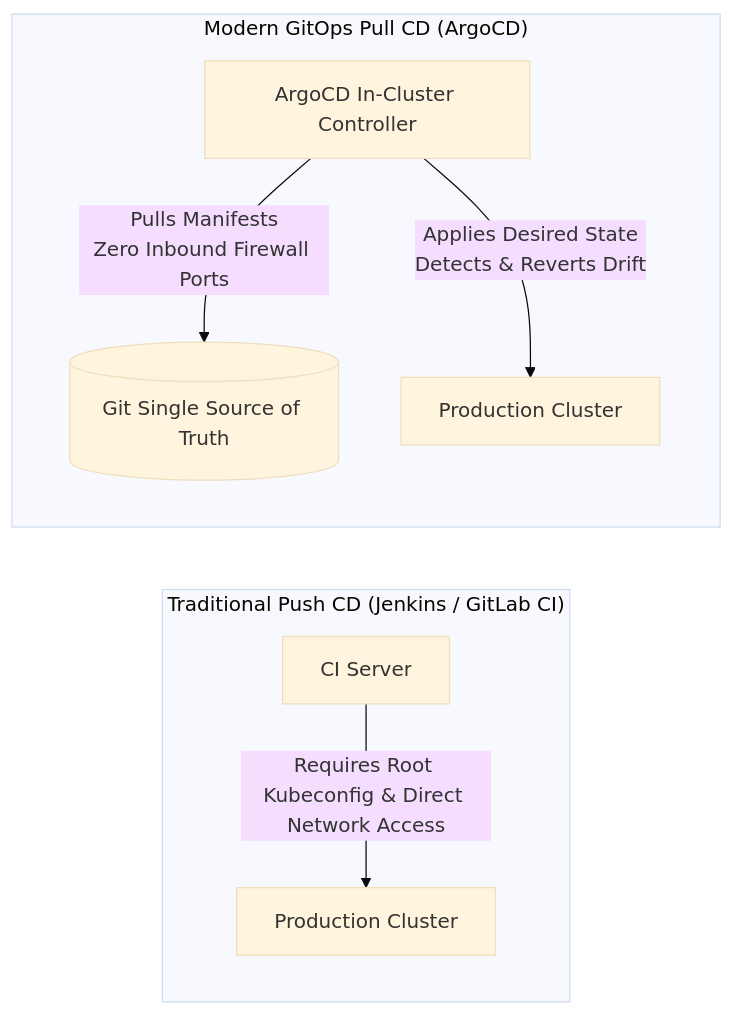
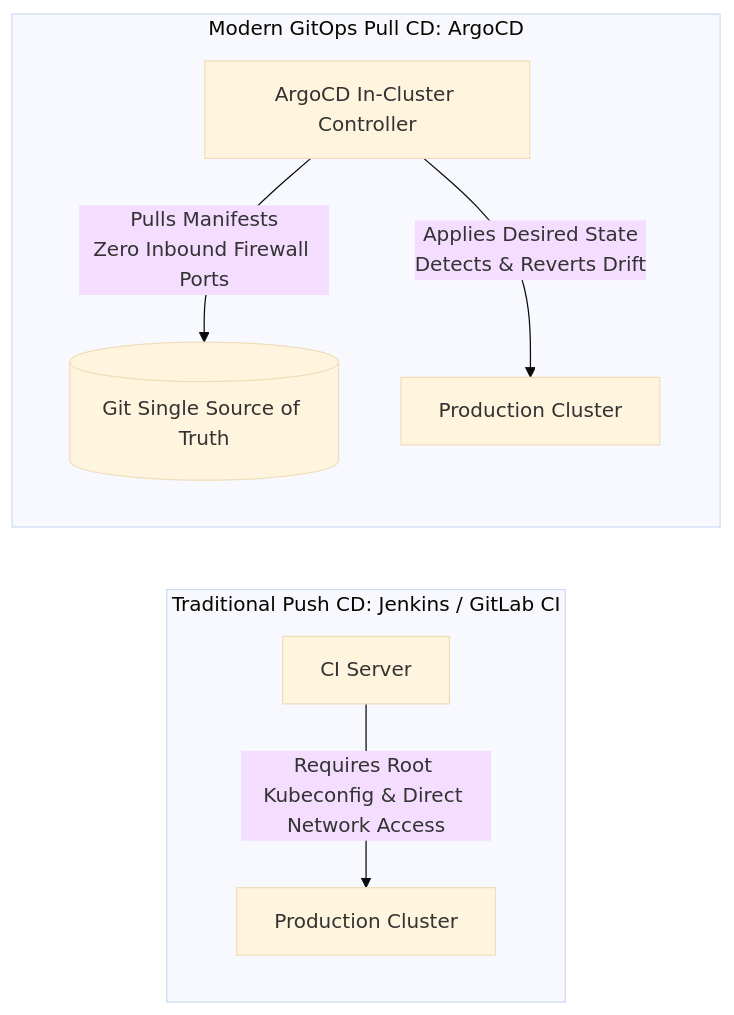
Before and after one commit to purnareddy9/dev: the first of 4 diagrams in 03-gitops-and-argocd/README.md, drawn with Mermaid (base theme). The commit also changed other lines of this file and 8 other files, not shown here.

Commit message:
fix: sanitize Mermaid diagrams with quoted labels and edge strings for GitHub markdown rendering

````diff
--- a/03-gitops-and-argocd/README.md
+++ b/03-gitops-and-argocd/README.md
@@ -18,12 +18,12 @@
 ```mermaid
 flowchart LR
-    subgraph Push_Model["Traditional Push CD (Jenkins / GitLab CI)"]
-        CI_Push[CI Server] -->|Requires Root Kubeconfig & Direct Network Access| K8s_Direct[Production Cluster]
+    subgraph Push_Model["Traditional Push CD: Jenkins / GitLab CI"]
+        CI_Push["CI Server"] -->|"Requires Root Kubeconfig & Direct Network Access"| K8s_Direct["Production Cluster"]
     end
 
-    subgraph Pull_Model["Modern GitOps Pull CD (ArgoCD)"]
-        Git_Repo[(Git Single Source of Truth)]
-        Argo_Agent[ArgoCD In-Cluster Controller] -->|Pulls Manifests\nZero Inbound Firewall Ports| Git_Repo
-        Argo_Agent -->|Applies Desired State\nDetects & Reverts Drift| K8s_Local[Production Cluster]
+    subgraph Pull_Model["Modern GitOps Pull CD: ArgoCD"]
+        Git_Repo[("Git Single Source of Truth")]
+        Argo_Agent["ArgoCD In-Cluster Controller"] -->|"Pulls Manifests<br/>Zero Inbound Firewall Ports"| Git_Repo
+        Argo_Agent -->|"Applies Desired State<br/>Detects & Reverts Drift"| K8s_Local["Production Cluster"]
     end
 ```
````
